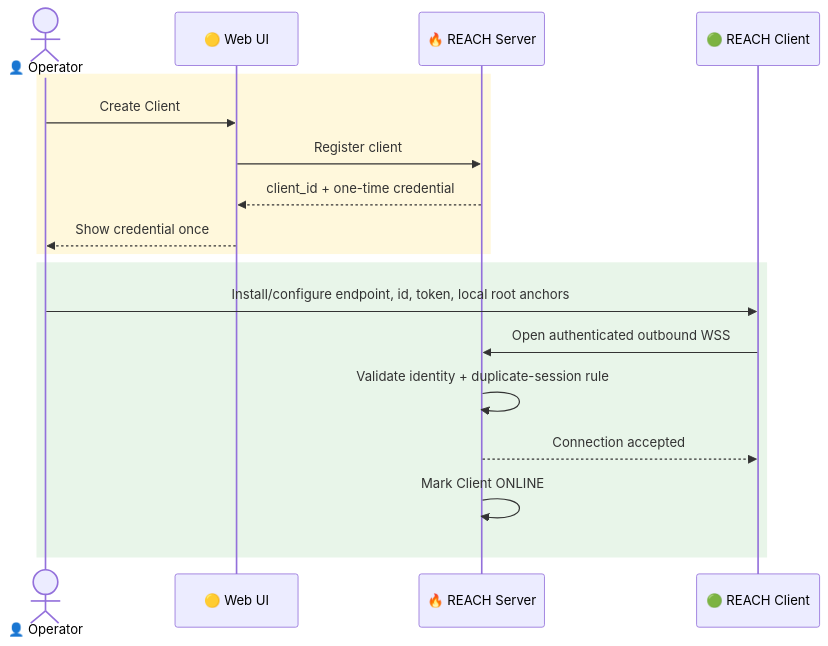
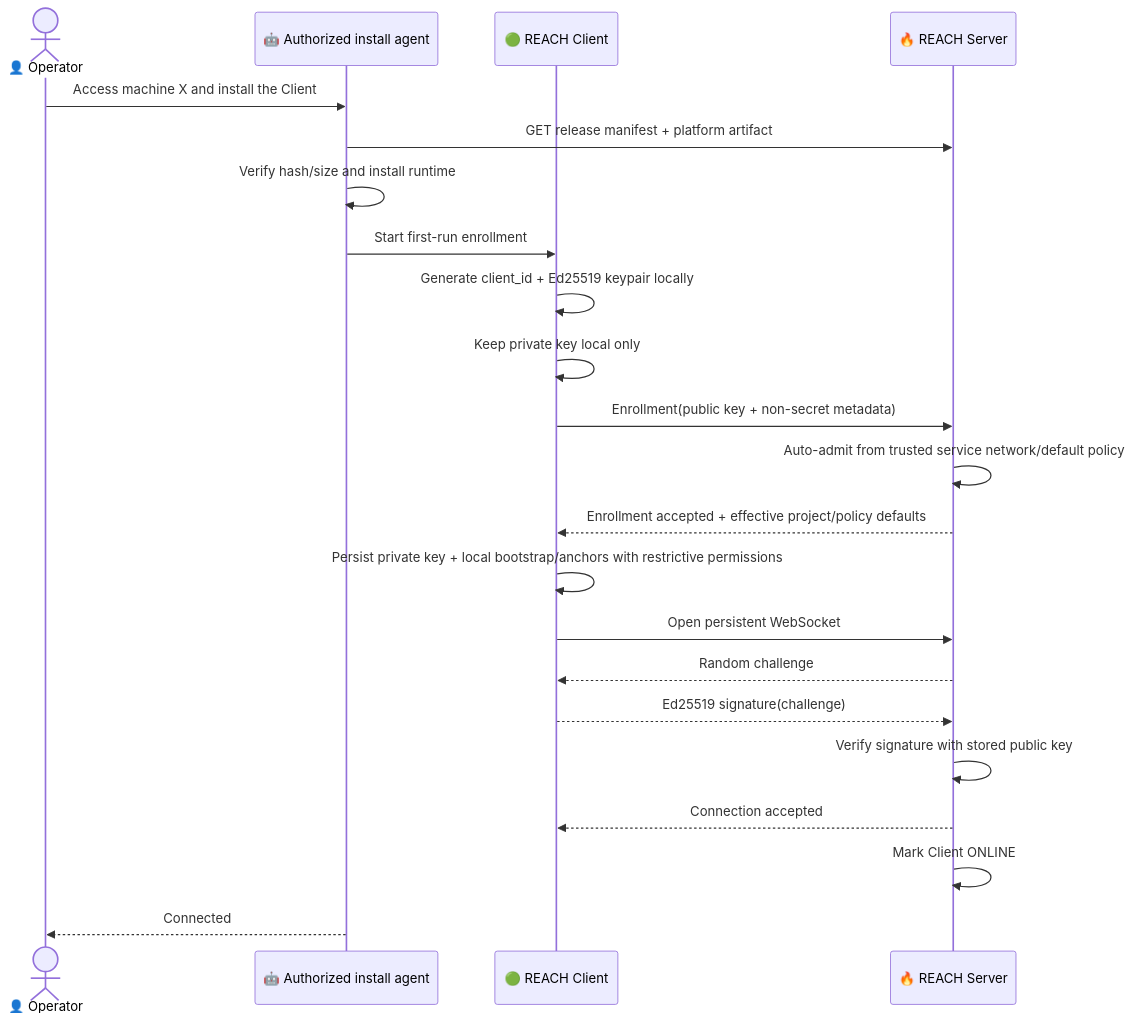
Before and after one commit to apinheiro99/reach-mcp: the fifth of 9 diagrams in docs/architecture.md, drawn with Mermaid. The commit also changed other lines of this file and 3 other files, not shown here.

First line of the commit message:
docs(adr): record ADR-0004 zero-touch Client onboarding with Ed25519 identity

````diff
--- a/docs/architecture.md
+++ b/docs/architecture.md
@@ -374,22 +382,25 @@
 ```mermaid
 sequenceDiagram
     actor O as 👤 Operator
-    participant UI as 🟡 Web UI
+    participant A as 🤖 Authorized install agent
+    participant C as 🟢 REACH Client
     participant S as 🔥 REACH Server
-    participant C as 🟢 REACH Client
 
-    rect rgb(255, 248, 220)
-        O->>UI: Create Client
-        UI->>S: Register client
-        S-->>UI: client_id + one-time credential
-        UI-->>O: Show credential once
-    end
-
-    rect rgb(232, 245, 233)
-        O->>C: Install/configure endpoint, id, token, local root anchors
-        C->>S: Open authenticated outbound WSS
-        S->>S: Validate identity + duplicate-session rule
-        S-->>C: Connection accepted
-        S->>S: Mark Client ONLINE
-    end
+    O->>A: Access machine X and install the Client
+    A->>S: GET release manifest + platform artifact
+    A->>A: Verify hash/size and install runtime
+    A->>C: Start first-run enrollment
+    C->>C: Generate client_id + Ed25519 keypair locally
+    C->>C: Keep private key local only
+    C->>S: Enrollment(public key + non-secret metadata)
+    S->>S: Auto-admit from trusted service network/default policy
+    S-->>C: Enrollment accepted + effective project/policy defaults
+    C->>C: Persist private key + local bootstrap/anchors with restrictive permissions
+    C->>S: Open persistent WebSocket
+    S-->>C: Random challenge
+    C-->>S: Ed25519 signature(challenge)
+    S->>S: Verify signature with stored public key
+    S-->>C: Connection accepted
+    S->>S: Mark Client ONLINE
+    A-->>O: Connected
 ```
````
